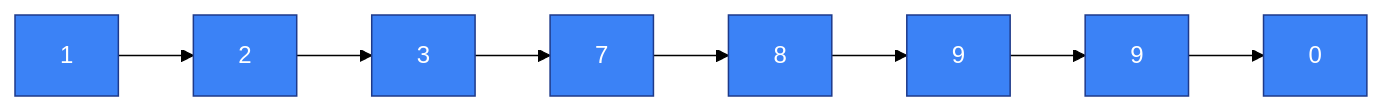
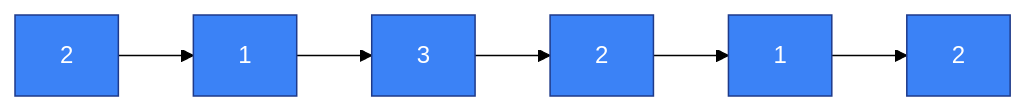
The first of 11 diagrams in sliding-window.md (bhaskarneerati/coding-mermaid-diagrams), drawn with Mermaid (forest theme) before and after one commit. The commit also changed other lines of this file, not shown here.

````diff
--- a/sliding-window.md
+++ b/sliding-window.md
@@ -7,7 +9,9 @@
 ```mermaid
 flowchart LR
-    A1[1] --> A2[2] --> A3[3] --> A4[7] --> A5[8] --> A6[9] --> A7[9] --> A8[0]
+A1[2] --> A2[1] --> A3[3] --> A4[2] --> A5[1] --> A6[2]
 
-    classDef base fill:#3b82f6,stroke:#1e3a8a,color:#ffffff;
-    class A1,A2,A3,A4,A5,A6,A7,A8 base;
+classDef base fill:#3b82f6,stroke:#1e3a8a,color:#ffffff;
+classDef window fill:#facc15,stroke:#92400e,color:#000000;
+
+class A1,A2,A3,A4,A5,A6 base;
 ```
````
